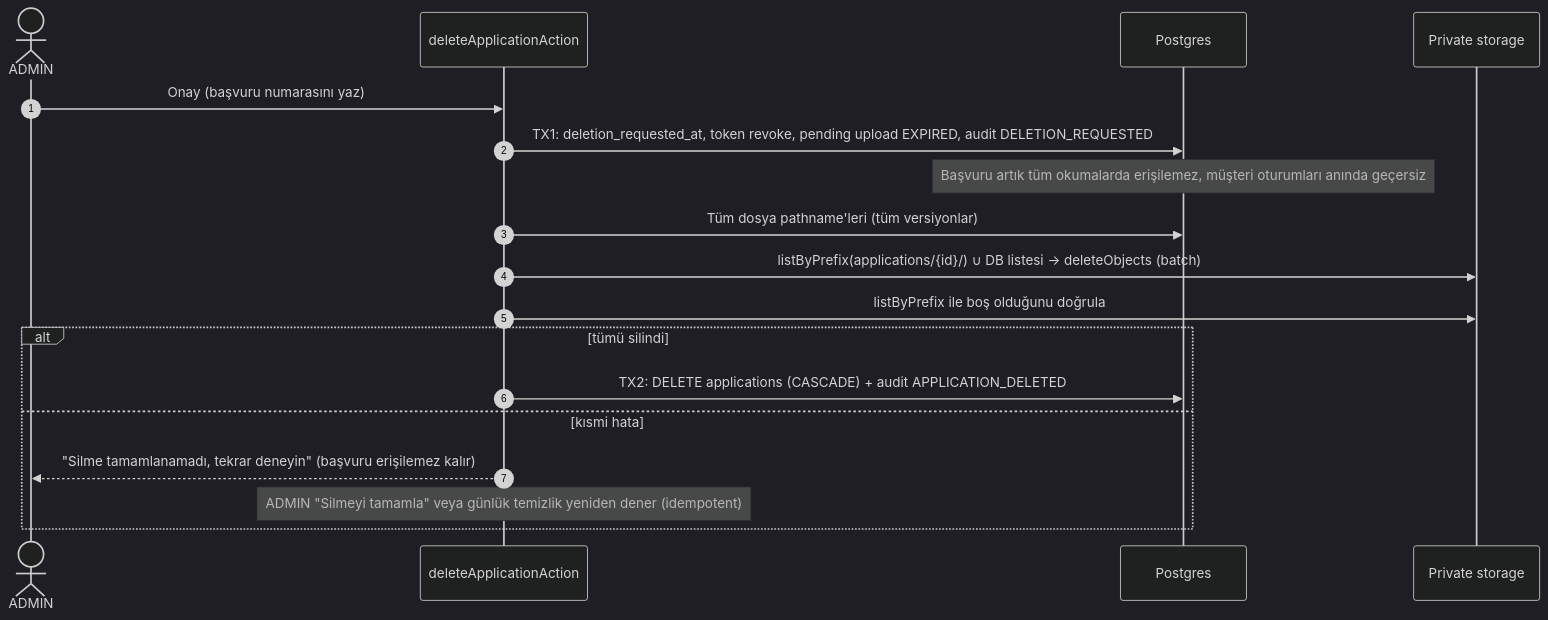
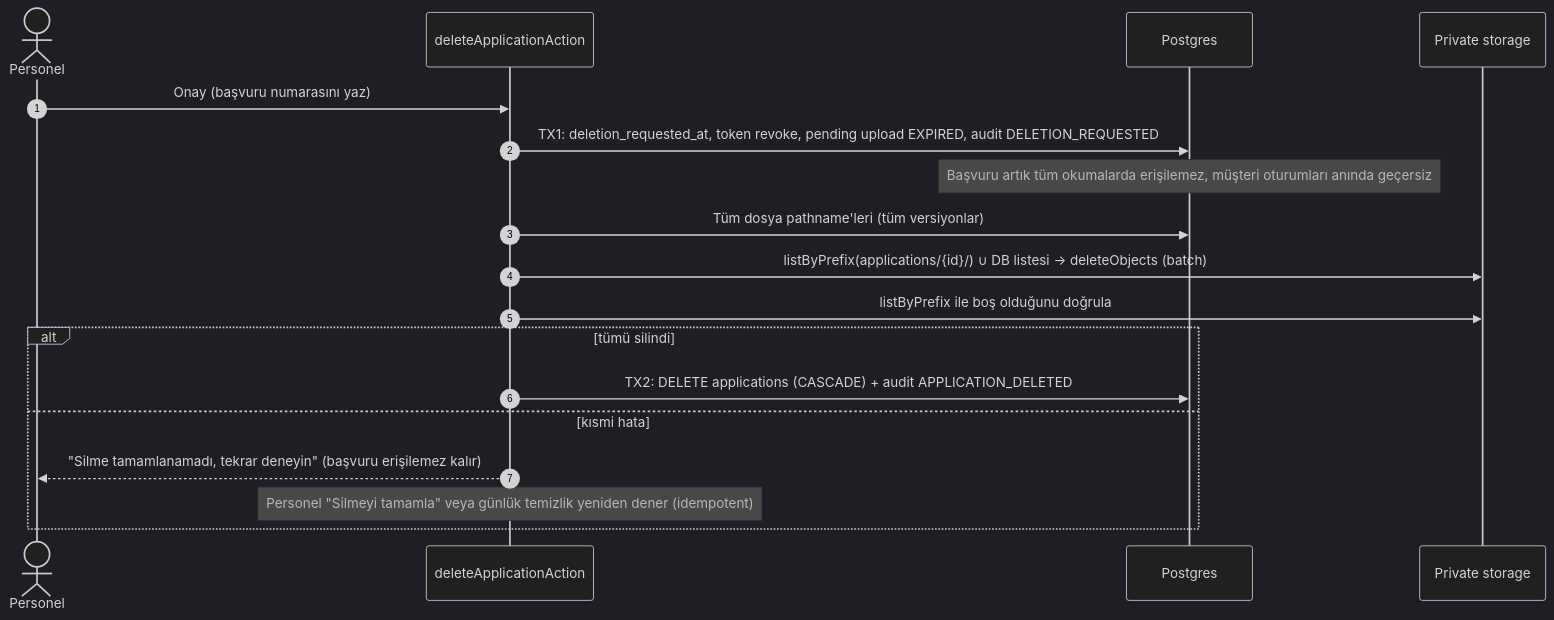
One commit to gokturkdogan/Cs-Global-Panel changed the second of 2 diagrams in docs/FILE_STORAGE.md. Above: the diagram before and after it, drawn with Mermaid (dark theme). The commit also changed other lines of this file and 107 other files, not shown here.

````diff
--- a/docs/FILE_STORAGE.md
+++ b/docs/FILE_STORAGE.md
@@ -98,20 +98,20 @@
 ```mermaid
 sequenceDiagram
     autonumber
-    actor A as ADMIN
+    actor A as Personel
     participant S as deleteApplicationAction
     participant DB as Postgres
     participant ST as Private storage
     A->>S: Onay (başvuru numarasını yaz)
     S->>DB: TX1: deletion_requested_at, token revoke, pending upload EXPIRED, audit DELETION_REQUESTED
     Note over DB: Başvuru artık tüm okumalarda erişilemez, müşteri oturumları anında geçersiz
     S->>DB: Tüm dosya pathname'leri (tüm versiyonlar)
     S->>ST: listByPrefix(applications/{id}/) ∪ DB listesi → deleteObjects (batch)
     S->>ST: listByPrefix ile boş olduğunu doğrula
     alt tümü silindi
         S->>DB: TX2: DELETE applications (CASCADE) + audit APPLICATION_DELETED
     else kısmi hata
         S-->>A: "Silme tamamlanamadı, tekrar deneyin" (başvuru erişilemez kalır)
-        Note over S: ADMIN "Silmeyi tamamla" veya günlük temizlik yeniden dener (idempotent)
+        Note over S: Personel "Silmeyi tamamla" veya günlük temizlik yeniden dener (idempotent)
     end
 ```
````
